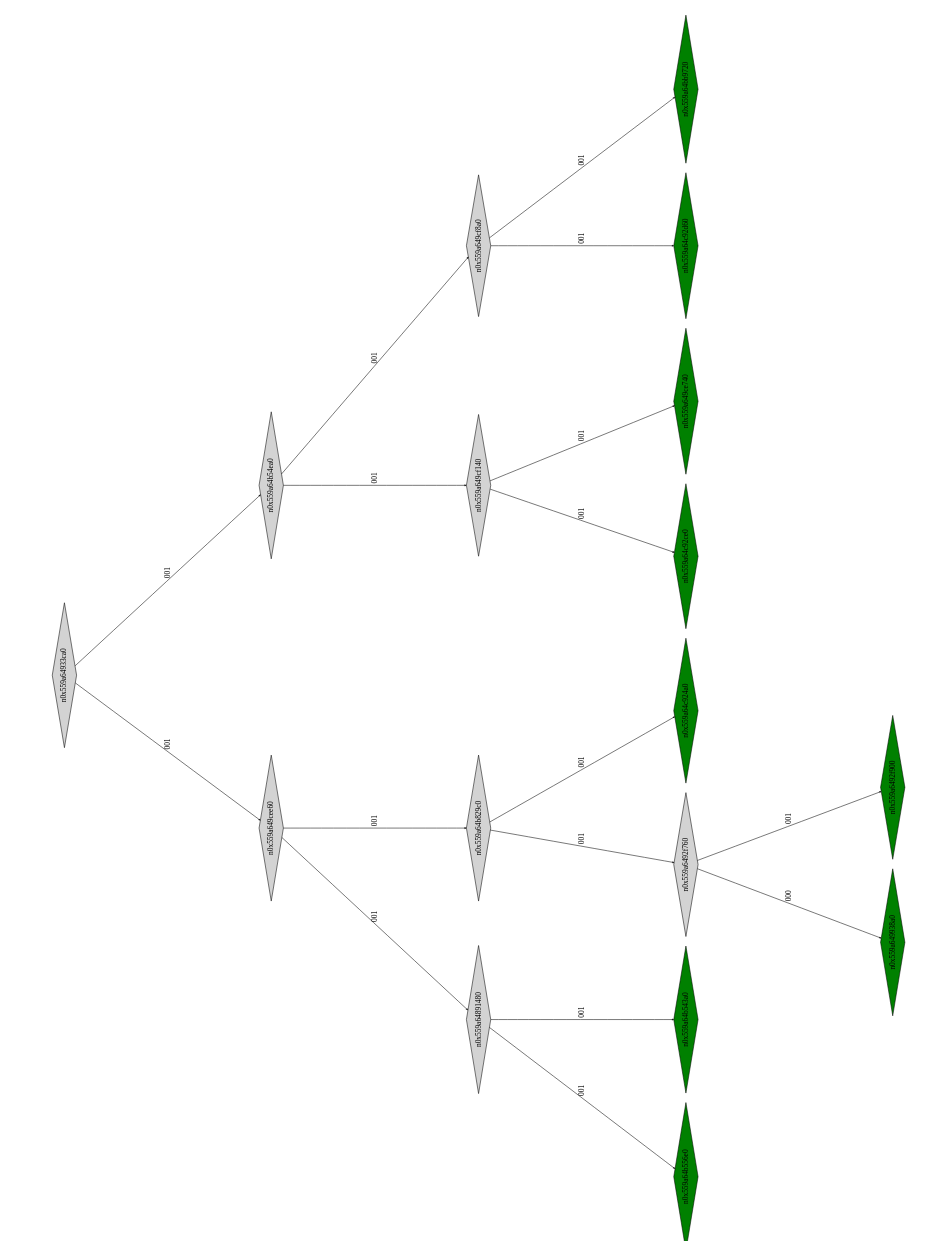
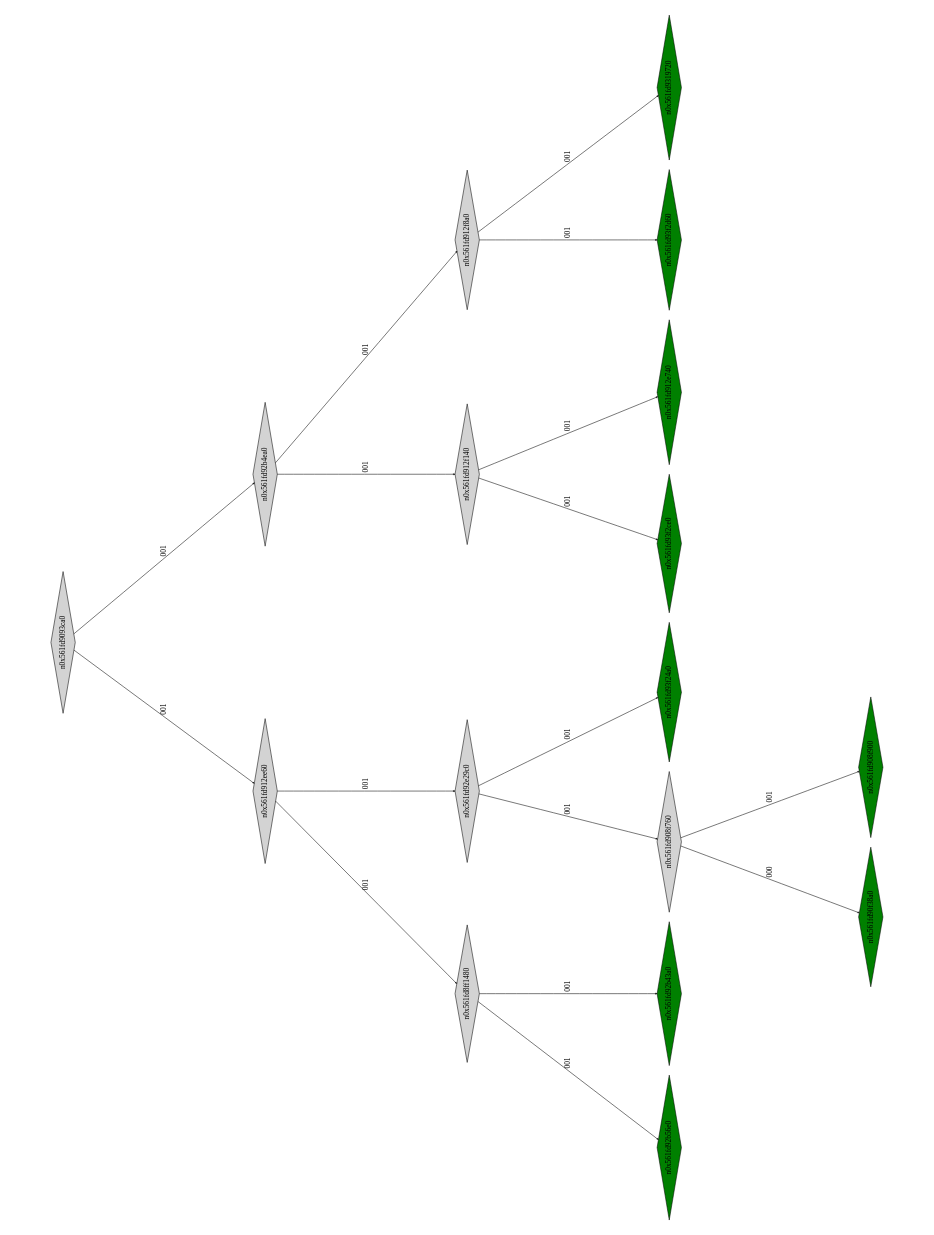
One commit to Research-Tools-PAVT/PSE-Program-Examples changed the diagram in montyhall_klee_out/ptree_00001069.dot. Above: the diagram before and after it, drawn with Graphviz. The commit also changed 41 other files, not shown here.

```diff
--- a/montyhall_klee_out/ptree_00001069.dot
+++ b/montyhall_klee_out/ptree_00001069.dot
@@ -1,41 +1,41 @@
 digraph G {
 	size="10,7.5";
 	ratio=fill;
 	rotate=90;
 	center = "true";
 	node [style="filled",width=.1,height=.1,fontname="Terminus"]
 	edge [arrowsize=.3]
-	n0x559a64933ca0 [shape=diamond];
-	n0x559a64933ca0 -> n0x559a649cee60 [label=001];
-	n0x559a64933ca0 -> n0x559a64b54ea0 [label=001];
-	n0x559a64b54ea0 [shape=diamond];
-	n0x559a64b54ea0 -> n0x559a649cf140 [label=001];
-	n0x559a64b54ea0 -> n0x559a649cf8a0 [label=001];
-	n0x559a649cf8a0 [shape=diamond];
-	n0x559a649cf8a0 -> n0x559a64c92d60 [label=001];
-	n0x559a649cf8a0 -> n0x559a64bb9720 [label=001];
-	n0x559a64bb9720 [shape=diamond,fillcolor=green];
-	n0x559a64c92d60 [shape=diamond,fillcolor=green];
-	n0x559a649cf140 [shape=diamond];
-	n0x559a649cf140 -> n0x559a64c92ce0 [label=001];
-	n0x559a649cf140 -> n0x559a649ce740 [label=001];
-	n0x559a649ce740 [shape=diamond,fillcolor=green];
-	n0x559a64c92ce0 [shape=diamond,fillcolor=green];
-	n0x559a649cee60 [shape=diamond];
-	n0x559a649cee60 -> n0x559a64891480 [label=001];
-	n0x559a649cee60 -> n0x559a64b829c0 [label=001];
-	n0x559a64b829c0 [shape=diamond];
-	n0x559a64b829c0 -> n0x559a6492f760 [label=001];
-	n0x559a64b829c0 -> n0x559a64c924a0 [label=001];
-	n0x559a64c924a0 [shape=diamond,fillcolor=green];
-	n0x559a6492f760 [shape=diamond];
-	n0x559a6492f760 -> n0x559a649938a0 [label=000];
-	n0x559a6492f760 -> n0x559a6492f900 [label=001];
-	n0x559a6492f900 [shape=diamond,fillcolor=green];
-	n0x559a649938a0 [shape=diamond,fillcolor=green];
-	n0x559a64891480 [shape=diamond];
-	n0x559a64891480 -> n0x559a64b556e0 [label=001];
-	n0x559a64891480 -> n0x559a64b543a0 [label=001];
-	n0x559a64b543a0 [shape=diamond,fillcolor=green];
-	n0x559a64b556e0 [shape=diamond,fillcolor=green];
+	n0x561fd9093ca0 [shape=diamond];
+	n0x561fd9093ca0 -> n0x561fd912ee60 [label=001];
+	n0x561fd9093ca0 -> n0x561fd92b4ea0 [label=001];
+	n0x561fd92b4ea0 [shape=diamond];
+	n0x561fd92b4ea0 -> n0x561fd912f140 [label=001];
+	n0x561fd92b4ea0 -> n0x561fd912f8a0 [label=001];
+	n0x561fd912f8a0 [shape=diamond];
+	n0x561fd912f8a0 -> n0x561fd93f2d60 [label=001];
+	n0x561fd912f8a0 -> n0x561fd9319720 [label=001];
+	n0x561fd9319720 [shape=diamond,fillcolor=green];
+	n0x561fd93f2d60 [shape=diamond,fillcolor=green];
+	n0x561fd912f140 [shape=diamond];
+	n0x561fd912f140 -> n0x561fd93f2ce0 [label=001];
+	n0x561fd912f140 -> n0x561fd912e740 [label=001];
+	n0x561fd912e740 [shape=diamond,fillcolor=green];
+	n0x561fd93f2ce0 [shape=diamond,fillcolor=green];
+	n0x561fd912ee60 [shape=diamond];
+	n0x561fd912ee60 -> n0x561fd8ff1480 [label=001];
+	n0x561fd912ee60 -> n0x561fd92e29c0 [label=001];
+	n0x561fd92e29c0 [shape=diamond];
+	n0x561fd92e29c0 -> n0x561fd908f760 [label=001];
+	n0x561fd92e29c0 -> n0x561fd93f24a0 [label=001];
+	n0x561fd93f24a0 [shape=diamond,fillcolor=green];
+	n0x561fd908f760 [shape=diamond];
+	n0x561fd908f760 -> n0x561fd90f38a0 [label=000];
+	n0x561fd908f760 -> n0x561fd908f900 [label=001];
+	n0x561fd908f900 [shape=diamond,fillcolor=green];
+	n0x561fd90f38a0 [shape=diamond,fillcolor=green];
+	n0x561fd8ff1480 [shape=diamond];
+	n0x561fd8ff1480 -> n0x561fd92b56e0 [label=001];
+	n0x561fd8ff1480 -> n0x561fd92b43a0 [label=001];
+	n0x561fd92b43a0 [shape=diamond,fillcolor=green];
+	n0x561fd92b56e0 [shape=diamond,fillcolor=green];
 }
```
